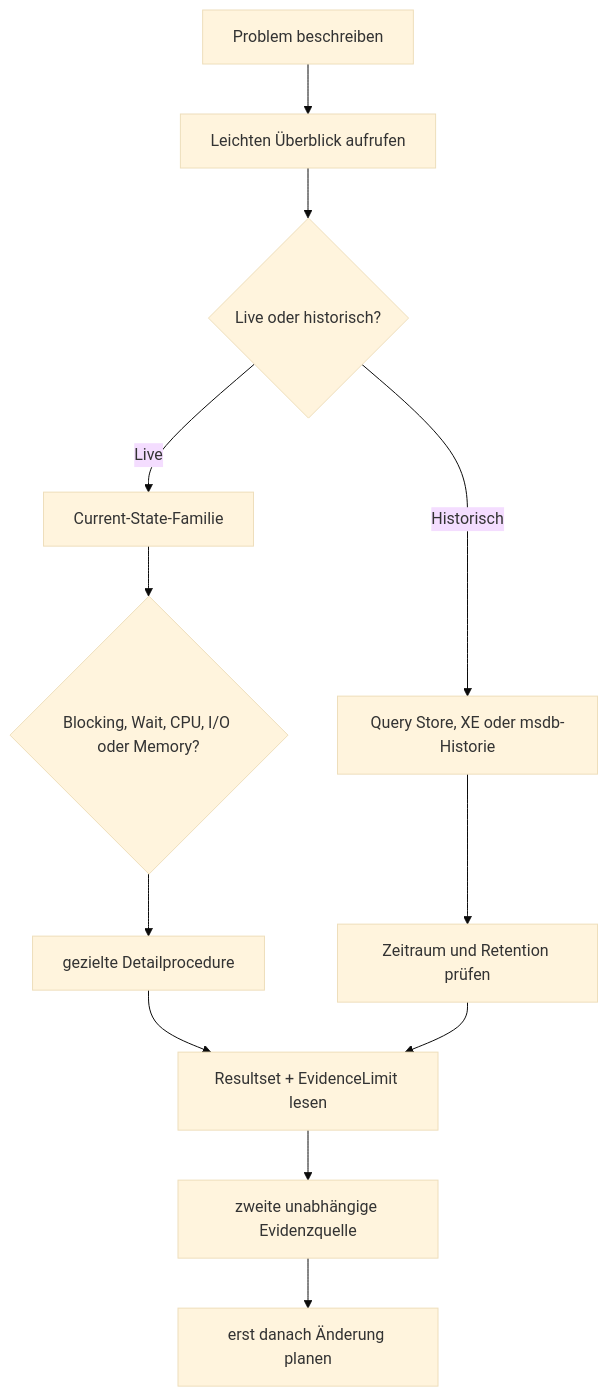
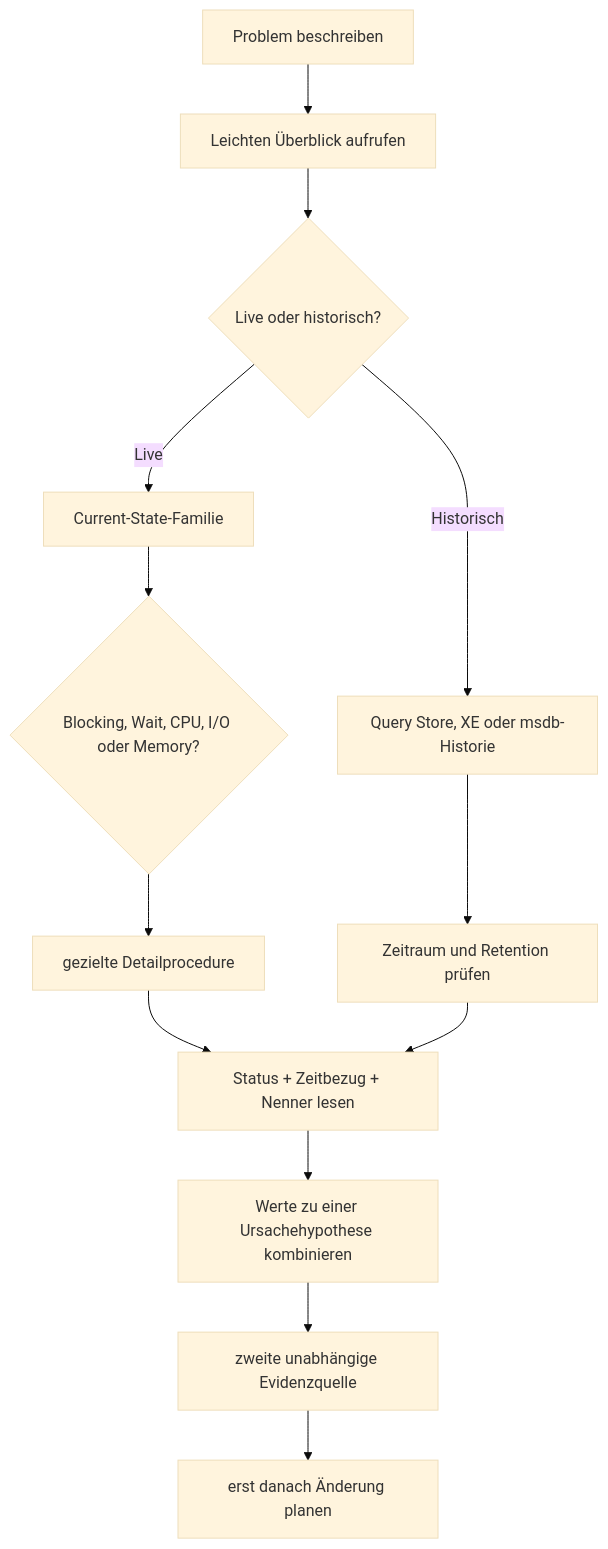
The diagram in Documentation/Analysis_Guides/README.md (gecompat/SQL_Server_Analyze), drawn with Mermaid (base theme) before and after one commit. The commit also changed other lines of this file, not shown here.

````diff
--- a/Documentation/Analysis_Guides/README.md
+++ b/Documentation/Analysis_Guides/README.md
@@ -103,14 +123,15 @@
 ```mermaid
 flowchart TD
     A[Problem beschreiben] --> B[Leichten Überblick aufrufen]
     B --> C{Live oder historisch?}
     C -->|Live| D[Current-State-Familie]
     C -->|Historisch| E[Query Store, XE oder msdb-Historie]
     D --> F{Blocking, Wait, CPU, I/O oder Memory?}
     F --> G[gezielte Detailprocedure]
     E --> H[Zeitraum und Retention prüfen]
-    G --> I[Resultset + EvidenceLimit lesen]
+    G --> I[Status + Zeitbezug + Nenner lesen]
     H --> I
-    I --> J[zweite unabhängige Evidenzquelle]
-    J --> K[erst danach Änderung planen]
+    I --> J[Werte zu einer Ursachehypothese kombinieren]
+    J --> K[zweite unabhängige Evidenzquelle]
+    K --> L[erst danach Änderung planen]
 ```
````
